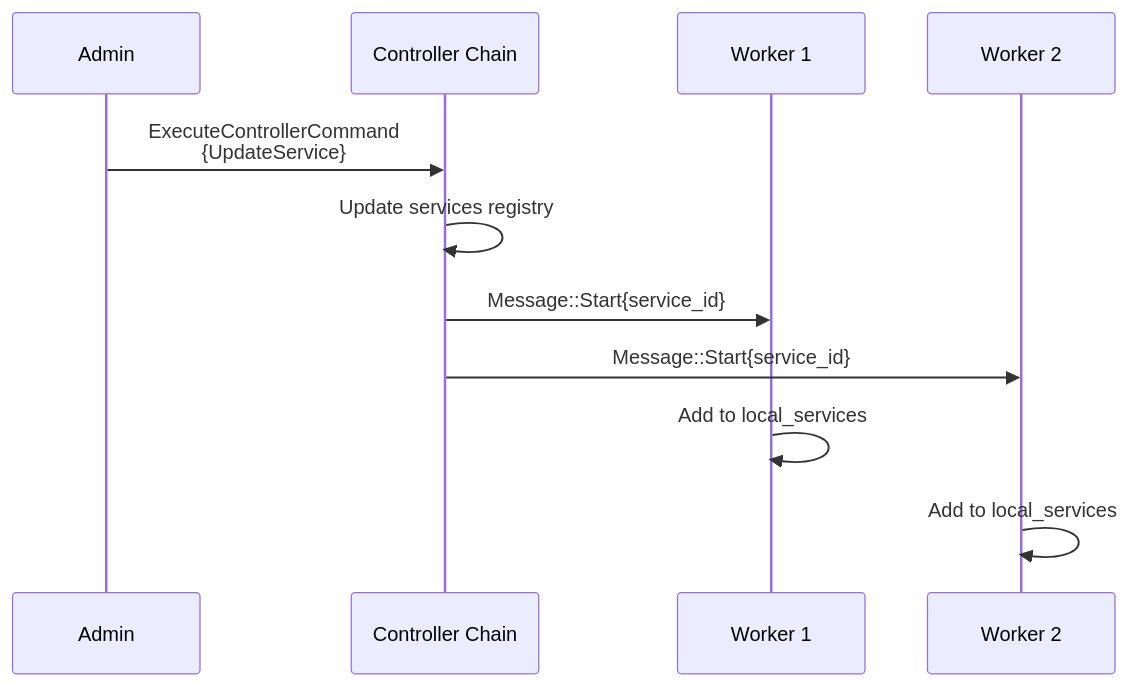
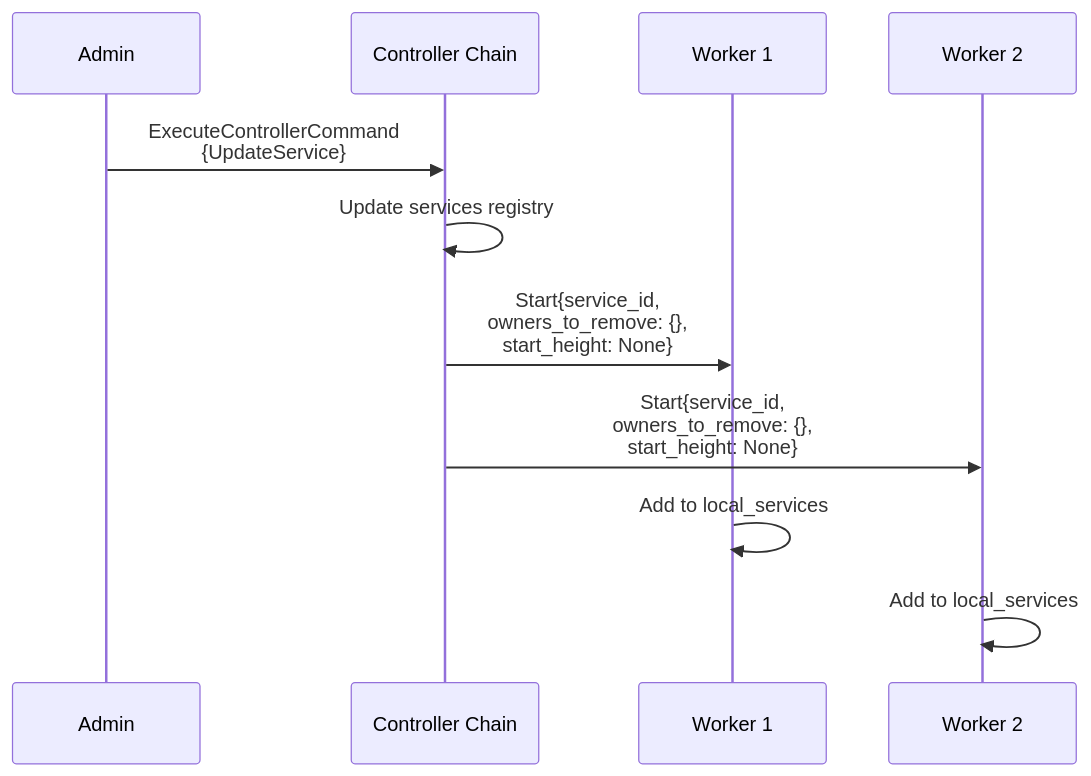
The third of 5 diagrams in examples/controller/README.md (linera-io/linera-protocol), drawn with Mermaid before and after one commit. The commit also changed other lines of this file and 7 other files, not shown here.

````diff
--- a/examples/controller/README.md
+++ b/examples/controller/README.md
@@ -87,13 +87,13 @@
 ```mermaid
 sequenceDiagram
     participant A as Admin
     participant C as Controller Chain
     participant W1 as Worker 1
     participant W2 as Worker 2
     A->>C: ExecuteControllerCommand<br/>{UpdateService}
     C->>C: Update services registry
-    C->>W1: Message::Start{service_id}
-    C->>W2: Message::Start{service_id}
+    C->>W1: Start{service_id,<br/>owners_to_remove: {},<br/>start_height: None}
+    C->>W2: Start{service_id,<br/>owners_to_remove: {},<br/>start_height: None}
     W1->>W1: Add to local_services
     W2->>W2: Add to local_services
 ```
````
